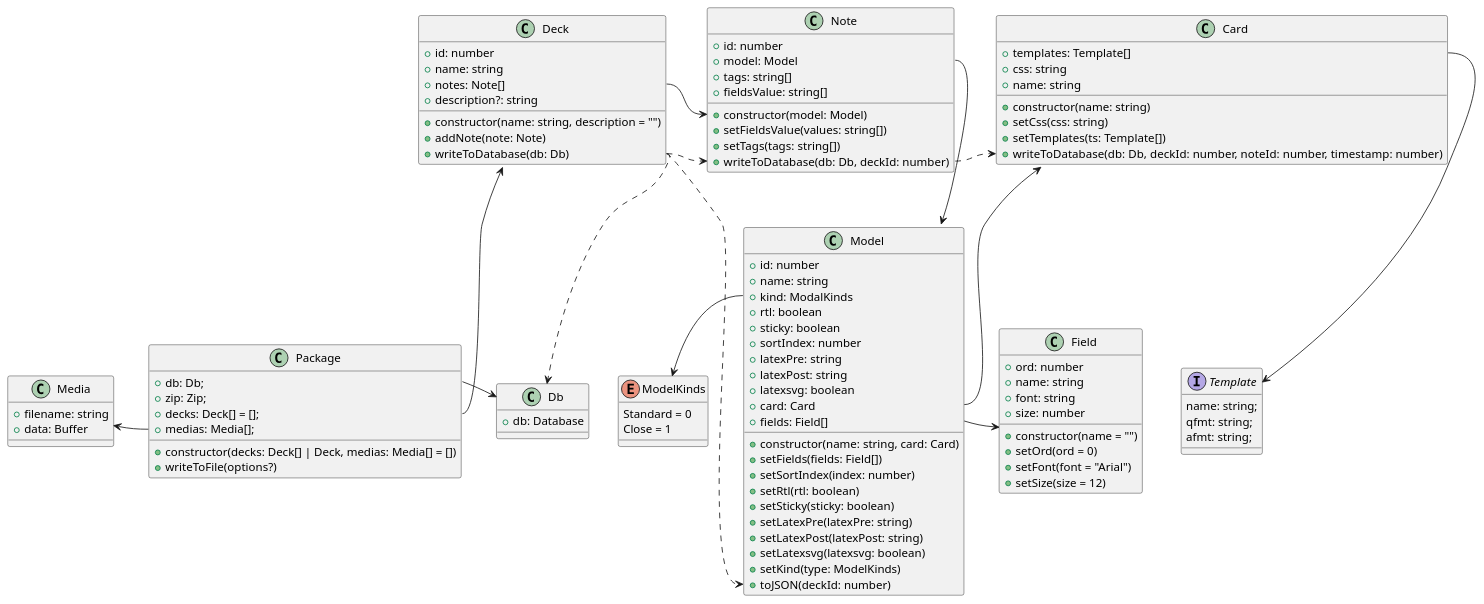
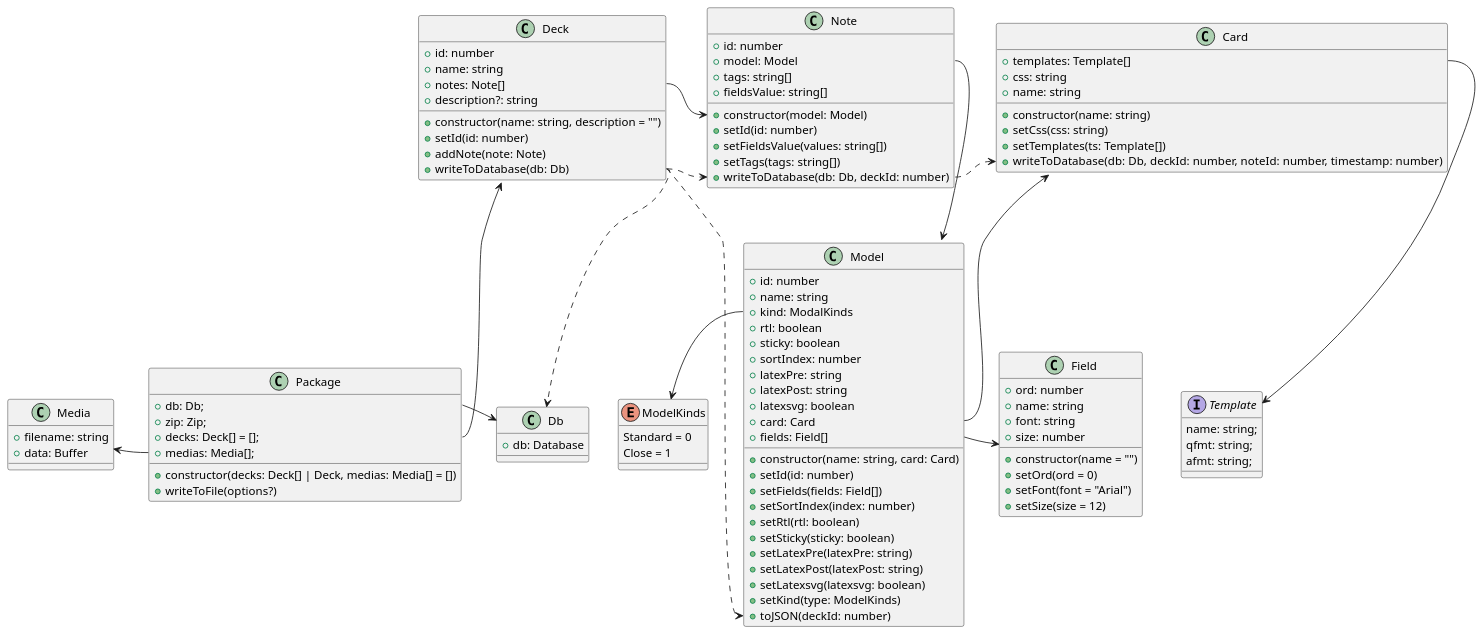
The diagram in uml.md (babycannotsay/anki-apkg-generator), drawn with PlantUML before and after one commit. The commit also changed 3 other files, not shown here.

```diff
--- a/uml.md
+++ b/uml.md
@@ -6,6 +6,7 @@
     +notes: Note[]
     +description?: string
     +constructor(name: string, description = "")
+    +setId(id: number)
     +addNote(note: Note)
     +writeToDatabase(db: Db)
 }
@@ -17,6 +18,7 @@
     +tags: string[]
     +fieldsValue: string[]
     +constructor(model: Model)
+    +setId(id: number)
     +setFieldsValue(values: string[])
     +setTags(tags: string[])
     +writeToDatabase(db: Db, deckId: number)
@@ -37,6 +39,7 @@
     +card: Card
     +fields: Field[]
     +constructor(name: string, card: Card)
+    +setId(id: number)
     +setFields(fields: Field[])
     +setSortIndex(index: number)
     +setRtl(rtl: boolean)
```
